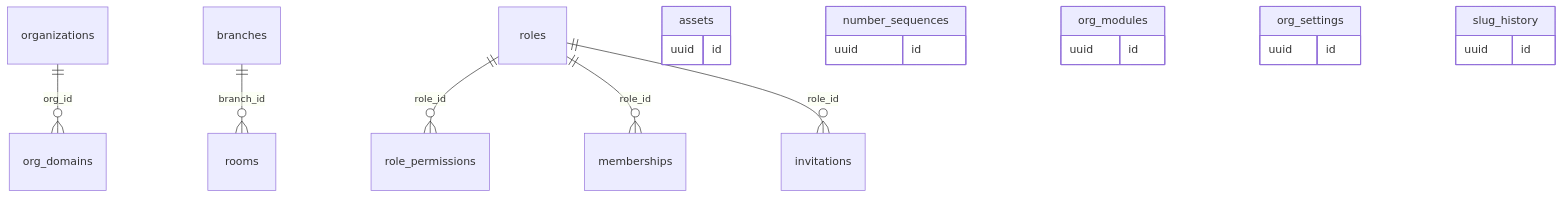
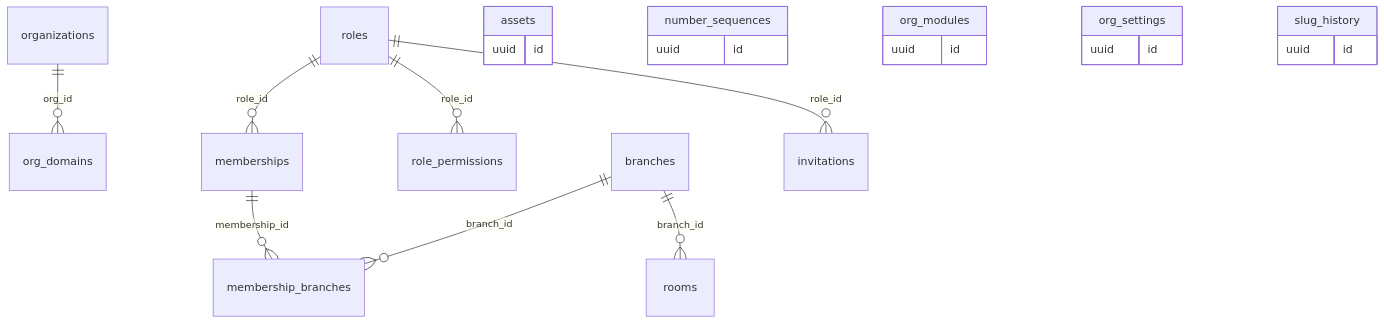
Before and after one commit to sakalyatechnologies/aarogyam: the fourth of 13 diagrams in docs/database.md, drawn with Mermaid. The commit also changed other lines of this file and 4 other files, not shown here.

````diff
--- a/docs/database.md
+++ b/docs/database.md
@@ -423,23 +426,25 @@
 ```mermaid
 erDiagram
   organizations ||--o{ org_domains : "org_id"
   branches ||--o{ rooms : "branch_id"
   roles ||--o{ role_permissions : "role_id"
   roles ||--o{ memberships : "role_id"
+  memberships ||--o{ membership_branches : "membership_id"
+  branches ||--o{ membership_branches : "branch_id"
   roles ||--o{ invitations : "role_id"
   assets {
     uuid id
   }
   number_sequences {
     uuid id
   }
   org_modules {
     uuid id
   }
   org_settings {
     uuid id
   }
   slug_history {
     uuid id
   }
 ```
````
